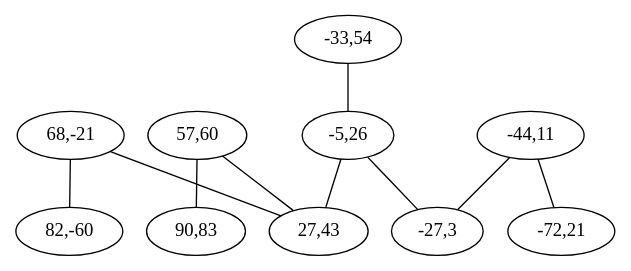
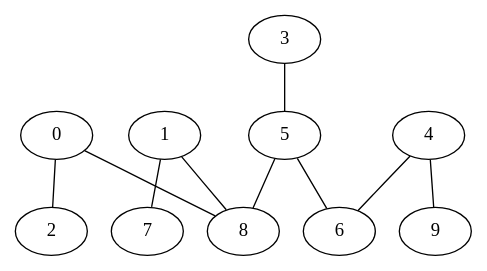
The diagram in Practica/practica_bien/salida.dot (JavierFarrona/CyA), drawn with Graphviz before and after one commit. The commit also changed 12 other files, not shown here.

```diff
--- a/Practica/practica_bien/salida.dot
+++ b/Practica/practica_bien/salida.dot
@@ -1,21 +1,21 @@
 graph G {
-  0 [label="68,-21"];
-  1 [label="57,60"];
-  2 [label="82,-60"];
-  3 [label="-33,54"];
-  4 [label="-44,11"];
-  5 [label="-5,26"];
-  6 [label="-27,3"];
-  7 [label="90,83"];
-  8 [label="27,43"];
-  9 [label="-72,21"];
+  0 [pos ="68,-21!"];
+  1 [pos ="57,60!"];
+  2 [pos ="82,-60!"];
+  3 [pos ="-33,54!"];
+  4 [pos ="-44,11!"];
+  5 [pos ="-5,26!"];
+  6 [pos ="-27,3!"];
+  7 [pos ="90,83!"];
+  8 [pos ="27,43!"];
+  9 [pos ="-72,21!"];
   0 -- 2;
   4 -- 6;
   4 -- 9;
   5 -- 6;
   1 -- 8;
   5 -- 8;
   3 -- 5;
   1 -- 7;
   0 -- 8;
 }
```
